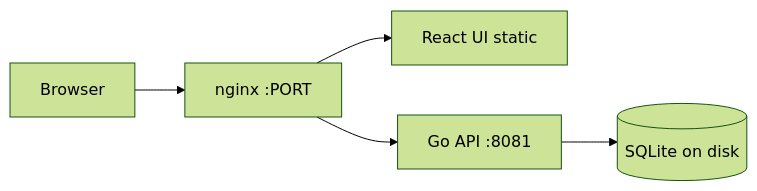
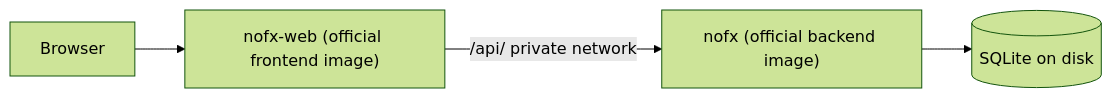
The diagram in README.md (render-examples/nofx-render-template), drawn with Mermaid (forest theme) before and after one commit. The commit also changed other lines of this file and 8 other files, not shown here.

````diff
--- a/README.md
+++ b/README.md
@@ -64,7 +47,6 @@
 ```mermaid
 flowchart LR
-  user["Browser"] --> nginx["nginx :PORT"]
-  nginx --> ui["React UI static"]
-  nginx --> api["Go API :8081"]
+  user["Browser"] --> web["nofx-web (official frontend image)"]
+  web -->|"/api/ private network"| api["nofx (official backend image)"]
   api --> db[("SQLite on disk")]
 ```
````
